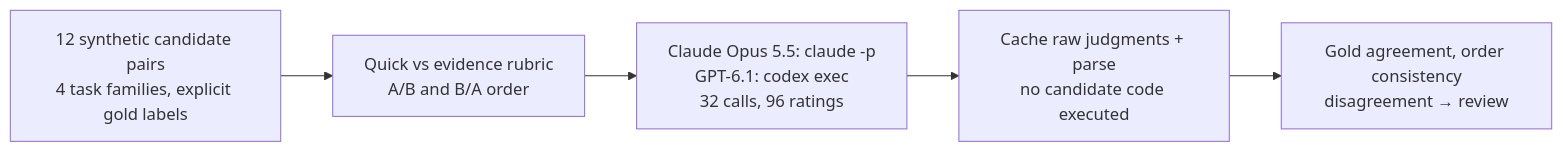
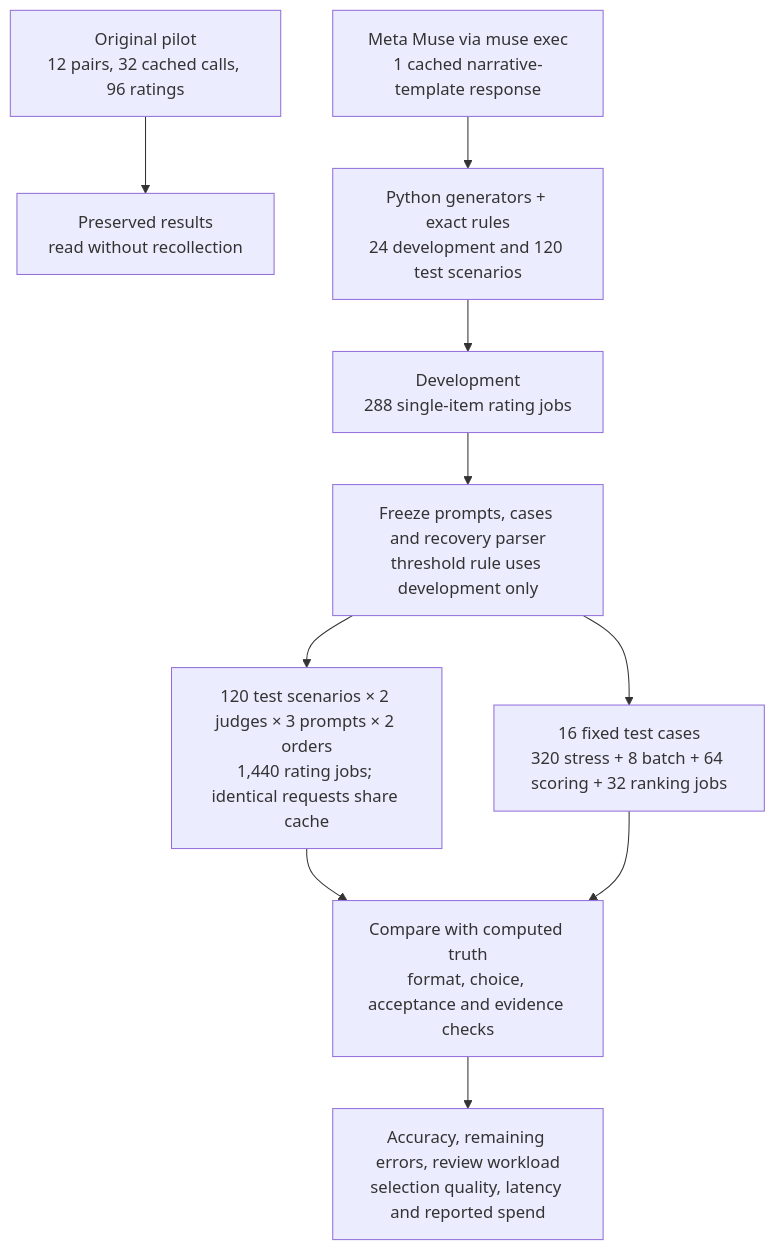
One commit to k-sandhu/experiment-notebooks changed the diagram in notebooks/11-llm-judges/README.md. Above: the diagram before and after it, drawn with Mermaid. The commit also changed other lines of this file and 71 other files, not shown here.

````diff
--- a/notebooks/11-llm-judges/README.md
+++ b/notebooks/11-llm-judges/README.md
@@ -25,7 +53,12 @@
 ```mermaid
-flowchart LR
- D["12 synthetic candidate pairs<br/>4 task families, explicit gold labels"] --> V["Quick vs evidence rubric<br/>A/B and B/A order"]
- V --> J["Claude Opus 5.5: claude -p<br/>GPT-6.1: codex exec<br/>32 calls, 96 ratings"]
- J --> C["Cache raw judgments + parse<br/>no candidate code executed"]
- C --> R["Gold agreement, order consistency<br/>disagreement → review"]
+flowchart TD
+    old["Original pilot<br/>12 pairs, 32 cached calls, 96 ratings"] --> oldout["Preserved results<br/>read without recollection"]
+    author["Meta Muse via muse exec<br/>1 cached narrative-template response"] --> data["Python generators + exact rules<br/>24 development and 120 test scenarios"]
+    data --> dev["Development<br/>288 single-item rating jobs"]
+    dev --> freeze["Freeze prompts, cases and recovery parser<br/>threshold rule uses development only"]
+    freeze --> main["120 test scenarios × 2 judges × 3 prompts × 2 orders<br/>1,440 rating jobs; identical requests share cache"]
+    freeze --> stress["16 fixed test cases<br/>320 stress + 8 batch + 64 scoring + 32 ranking jobs"]
+    main --> score["Compare with computed truth<br/>format, choice, acceptance and evidence checks"]
+    stress --> score
+    score --> result["Accuracy, remaining errors, review workload<br/>selection quality, latency and reported spend"]
 ```
````
